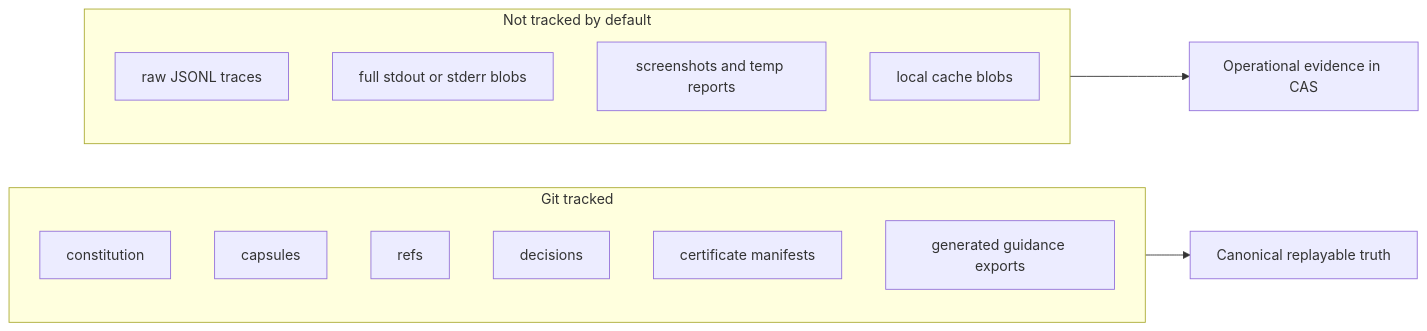
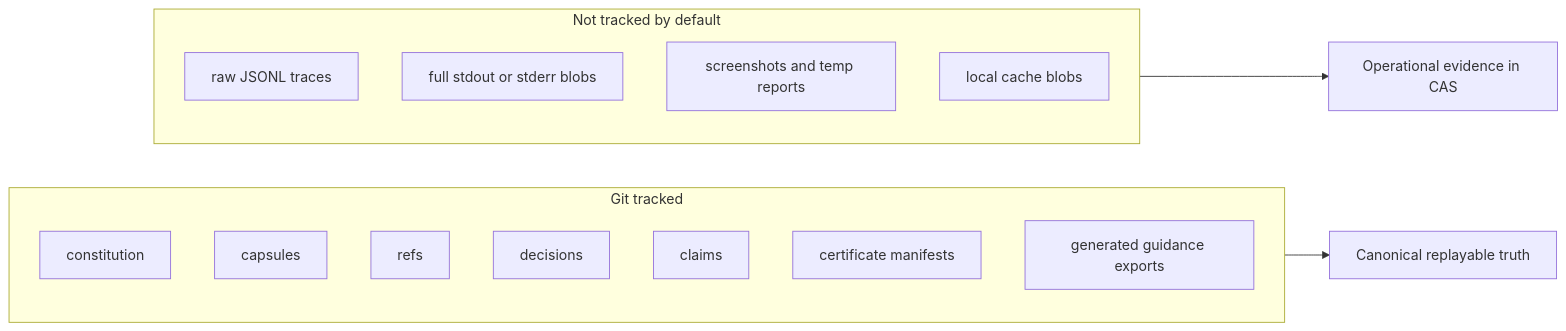
The seventh of 8 diagrams in ARCHITECTURE.md (selkios/outcomegraph), drawn with Mermaid before and after one commit. The commit also changed 2 other files, not shown here.

Commit message:
docs(spec+architecture): align tracked artifact locations

````diff
--- a/ARCHITECTURE.md
+++ b/ARCHITECTURE.md
@@ -256,21 +256,22 @@
 ```mermaid
 flowchart LR
   subgraph GT[Git tracked]
     T1[constitution]
     T2[capsules]
     T3[refs]
     T4[decisions]
-    T5[certificate manifests]
-    T6[generated guidance exports]
+    T5[claims]
+    T6[certificate manifests]
+    T7[generated guidance exports]
   end
 
   subgraph NG[Not tracked by default]
     N1[raw JSONL traces]
     N2[full stdout or stderr blobs]
     N3[screenshots and temp reports]
     N4[local cache blobs]
   end
 
   GT --> O[Canonical replayable truth]
   NG --> P[Operational evidence in CAS]
 ```
````
